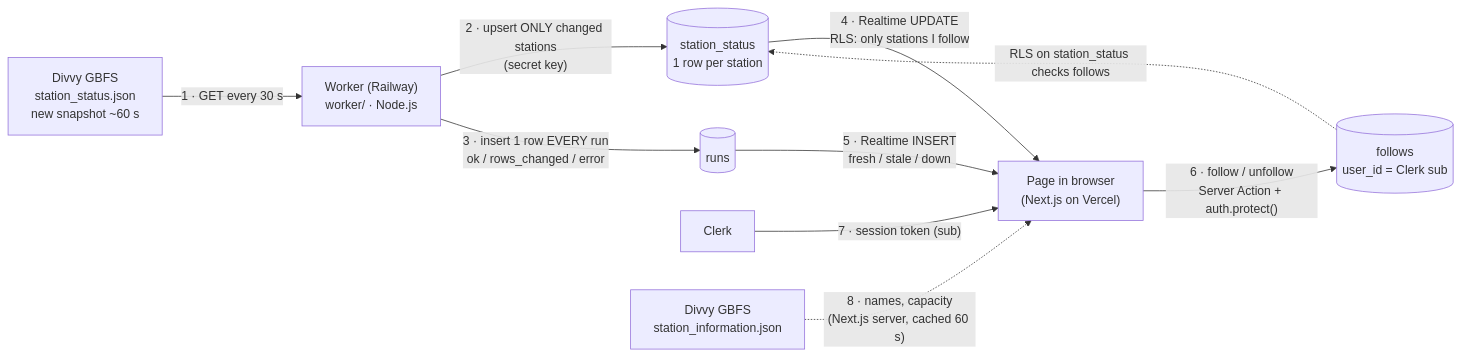
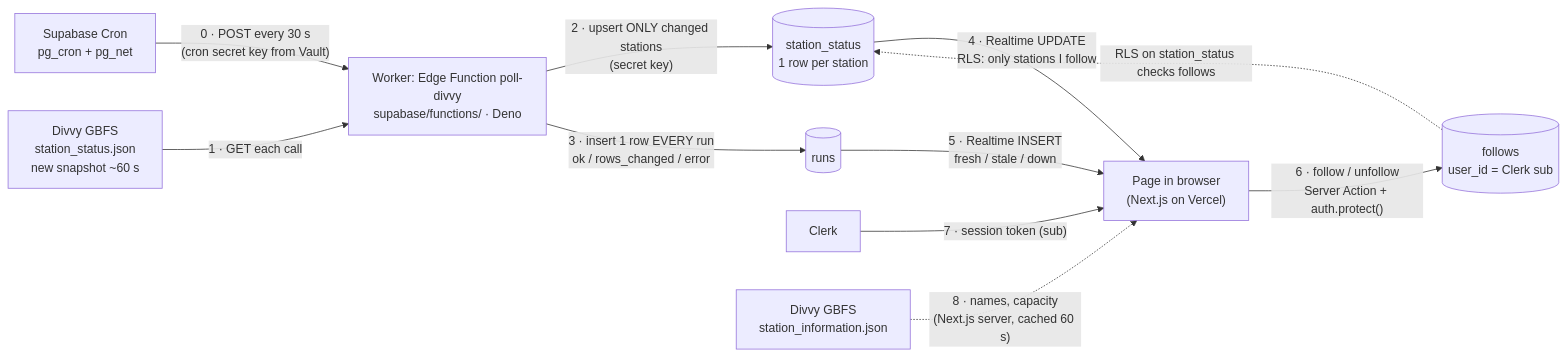
The diagram in docs/data-flow.md (nocturnalvigilante/design_ship_build_homework_5), drawn with Mermaid before and after one commit. The commit also changed other lines of this file, not shown here.

First line of the commit message:
chart: worker moves to a Supabase Edge Function run by Supabase Cron

````diff
--- a/docs/data-flow.md
+++ b/docs/data-flow.md
@@ -7,12 +9,13 @@
 ```mermaid
 flowchart LR
-  D["Divvy GBFS<br/>station_status.json<br/>new snapshot ~60 s"] -->|"1 · GET every 30 s"| W["Worker (Railway)<br/>worker/ · Node.js"]
+  C["Supabase Cron<br/>pg_cron + pg_net"] -->|"0 · POST every 30 s<br/>(cron secret key from Vault)"| W
+  D["Divvy GBFS<br/>station_status.json<br/>new snapshot ~60 s"] -->|"1 · GET each call"| W["Worker: Edge Function poll-divvy<br/>supabase/functions/ · Deno"]
   W -->|"2 · upsert ONLY changed stations<br/>(secret key)"| S[("station_status<br/>1 row per station")]
   W -->|"3 · insert 1 row EVERY run<br/>ok / rows_changed / error"| R[("runs")]
   S -->|"4 · Realtime UPDATE<br/>RLS: only stations I follow"| P["Page in browser<br/>(Next.js on Vercel)"]
   R -->|"5 · Realtime INSERT<br/>fresh / stale / down"| P
   P -->|"6 · follow / unfollow<br/>Server Action + auth.protect()"| F[("follows<br/>user_id = Clerk sub")]
   K["Clerk"] -->|"7 · session token (sub)"| P
   F -. "RLS on station_status checks follows" .-> S
   I["Divvy GBFS<br/>station_information.json"] -. "8 · names, capacity<br/>(Next.js server, cached 60 s)" .-> P
 ```
````
